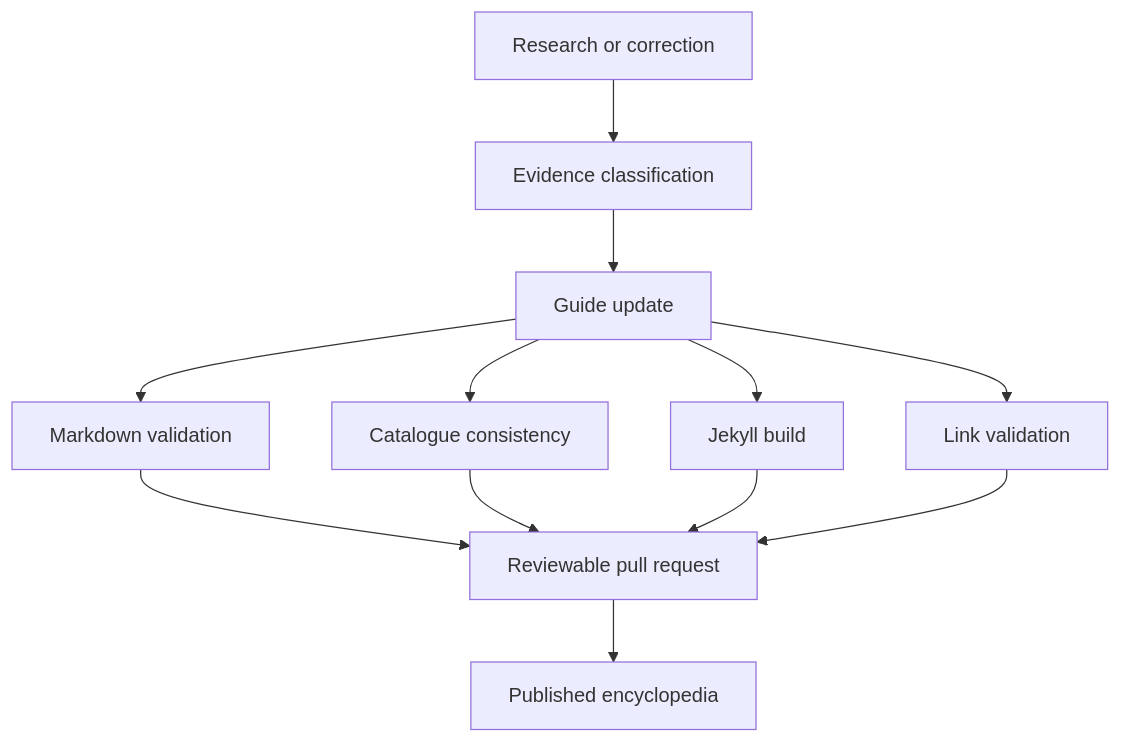
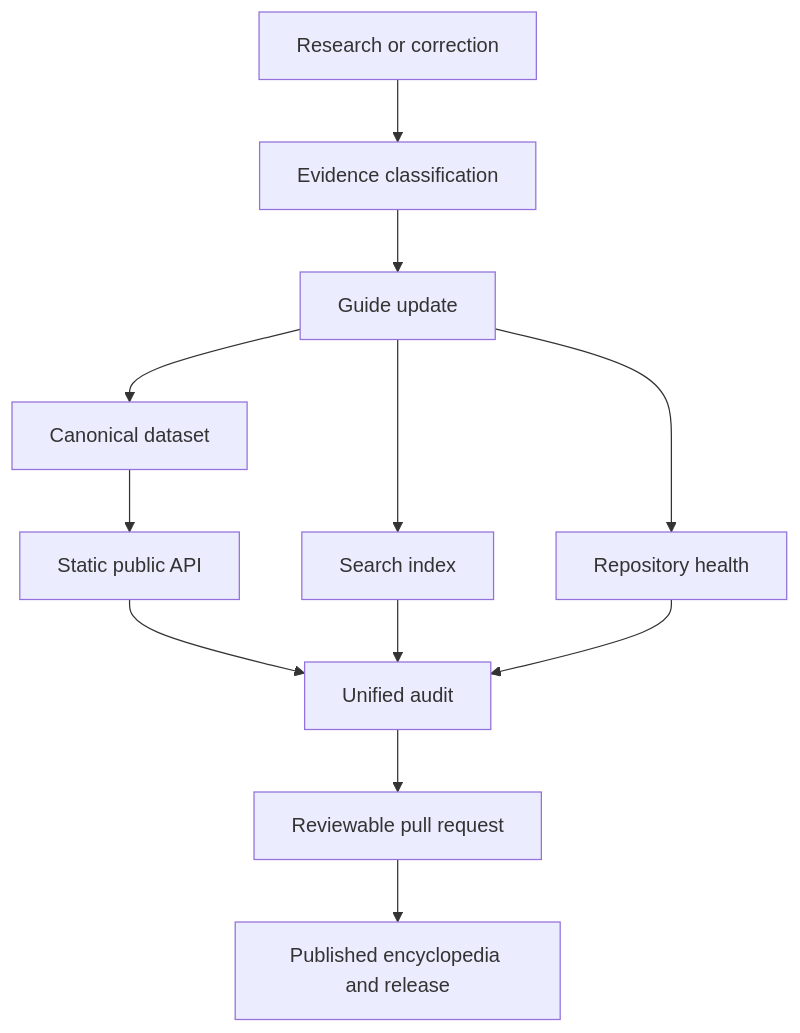
Before and after one commit to Conroy1988/Achievements: the second of 2 diagrams in README.md, drawn with Mermaid. The commit also changed other lines of this file, not shown here.

````diff
--- a/README.md
+++ b/README.md
@@ -151,14 +168,14 @@
 ```mermaid
 flowchart TD
     A[Research or correction] --> B[Evidence classification]
     B --> C[Guide update]
-    C --> D[Markdown validation]
-    C --> E[Catalogue consistency]
-    C --> F[Jekyll build]
-    C --> G[Link validation]
-    D --> H[Reviewable pull request]
-    E --> H
+    C --> D[Canonical dataset]
+    D --> E[Static public API]
+    C --> F[Search index]
+    C --> G[Repository health]
+    E --> H[Unified audit]
     F --> H
     G --> H
-    H --> I[Published encyclopedia]
+    H --> I[Reviewable pull request]
+    I --> J[Published encyclopedia and release]
 ```
````
